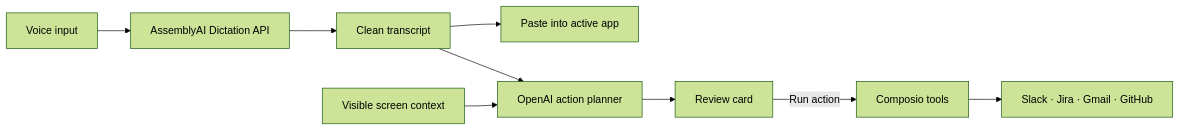
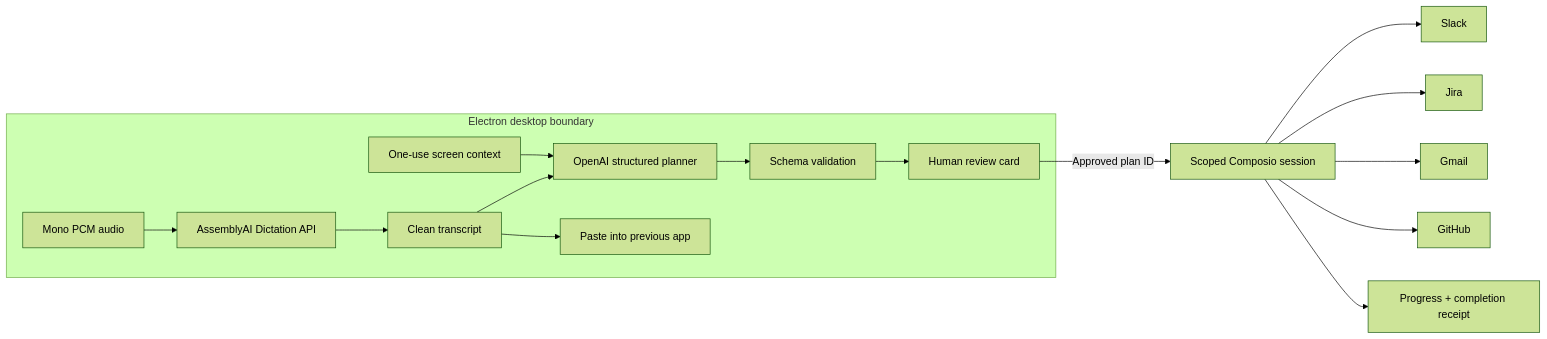
The diagram in README.md (somewherelostt/Twin), drawn with Mermaid (forest theme) before and after one commit. The commit also changed other lines of this file, not shown here.

````diff
--- a/README.md
+++ b/README.md
@@ -51,11 +78,19 @@
 ```mermaid
 flowchart LR
-    Voice[Voice input] --> AAI[AssemblyAI Dictation API]
-    AAI --> Clean[Clean transcript]
-    Clean --> Paste[Paste into active app]
-    Clean --> Plan[OpenAI action planner]
-    Screen[Visible screen context] --> Plan
-    Plan --> Review[Review card]
-    Review -->|Run action| Tools[Composio tools]
-    Tools --> Apps[Slack · Jira · Gmail · GitHub]
+    subgraph Desktop[Electron desktop boundary]
+        Mic[Mono PCM audio] --> Dictation[AssemblyAI Dictation API]
+        Screen[One-use screen context] --> Planner
+        Dictation --> Clean[Clean transcript]
+        Clean --> Paste[Paste into previous app]
+        Clean --> Planner[OpenAI structured planner]
+        Planner --> Validate[Schema validation]
+        Validate --> Review[Human review card]
+    end
+
+    Review -->|Approved plan ID| Router[Scoped Composio session]
+    Router --> Slack
+    Router --> Jira
+    Router --> Gmail
+    Router --> GitHub
+    Router --> Receipt[Progress + completion receipt]
 ```
````
